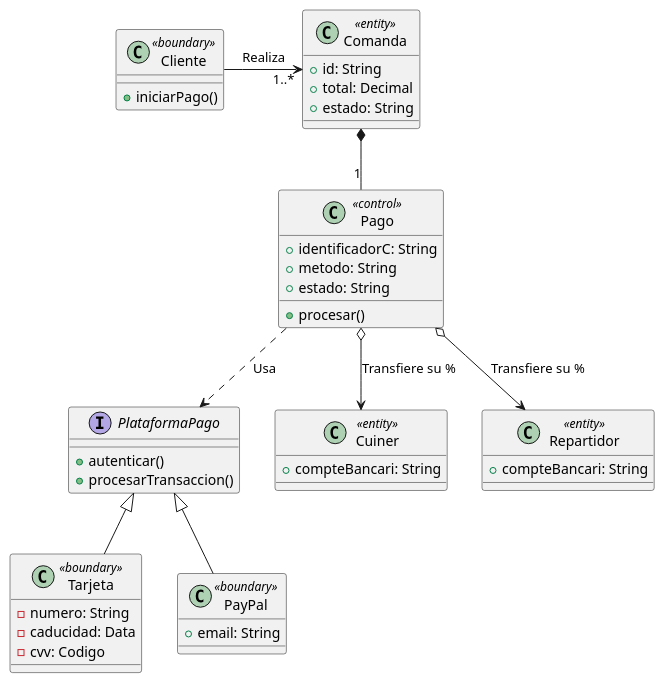
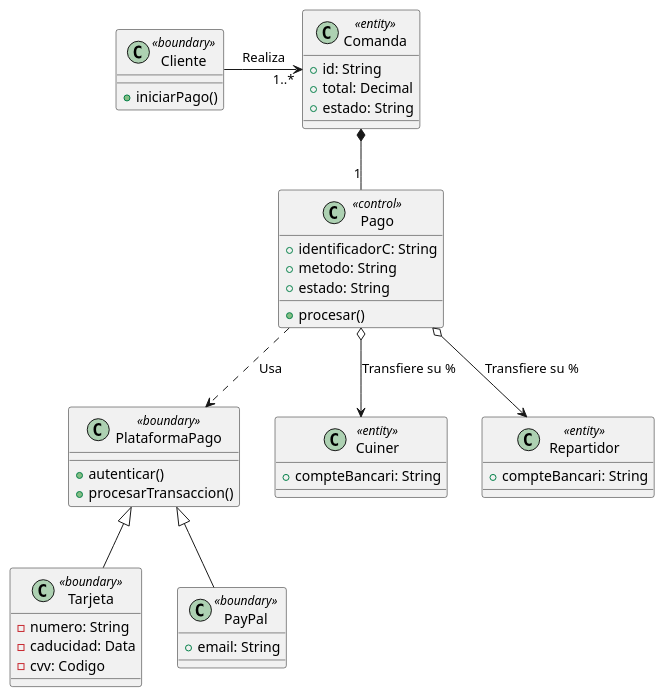
Before and after one commit to dabien3/ES25UAB-511-05: the diagram in documents/Diagrama Clases/CodeUML/bloq4.pUML, drawn with PlantUML.

```diff
--- a/documents/Diagrama Clases/CodeUML/bloq4.pUML
+++ b/documents/Diagrama Clases/CodeUML/bloq4.pUML
@@ -1,54 +1,54 @@
 @startuml
 
 class Cliente <<boundary>> {
   + iniciarPago()
 }
 
 class Comanda <<entity>> {
   + id: String
   + total: Decimal
   + estado: String
 }
 
 class Pago <<control>> {
   + identificadorC: String
   + metodo: String
   + estado: String
   + procesar()
 }
 
 class Cuiner <<entity>> {
   + compteBancari: String
 }
 
 class Repartidor <<entity>> {
   + compteBancari: String
 }
 
 class "Tarjeta" <<boundary>> {
   - numero: String
   - caducidad: Data
   - cvv: Codigo
 }
 
 class PayPal <<boundary>> {
   + email: String
 }
 
-interface PlataformaPago {
+class PlataformaPago <<boundary>> {
   + autenticar()
   + procesarTransaccion()
 }
 
 Cliente -> "1..*" Comanda : "Realiza"
 
 Comanda *-- "1" Pago 
 Pago ..> PlataformaPago : "Usa" 
 
 Pago o--> Cuiner : "Transfiere su %"
 Pago o--> Repartidor : "Transfiere su %"
 
 Tarjeta -up-|> PlataformaPago 
 PayPal -up-|> PlataformaPago 
 
 @enduml
```
